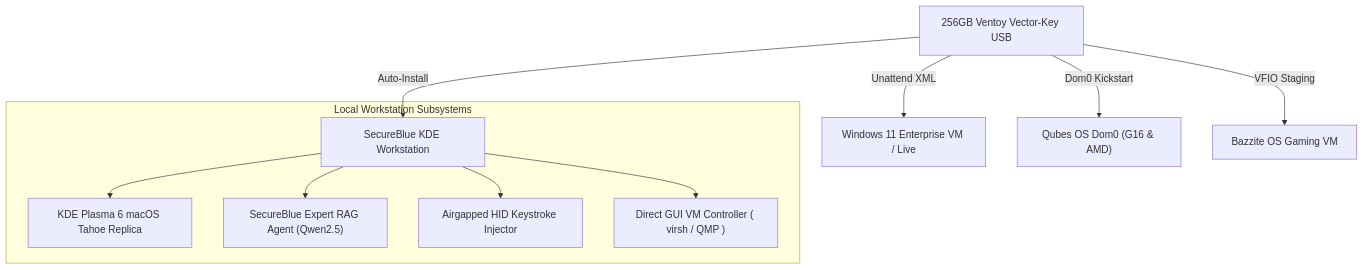
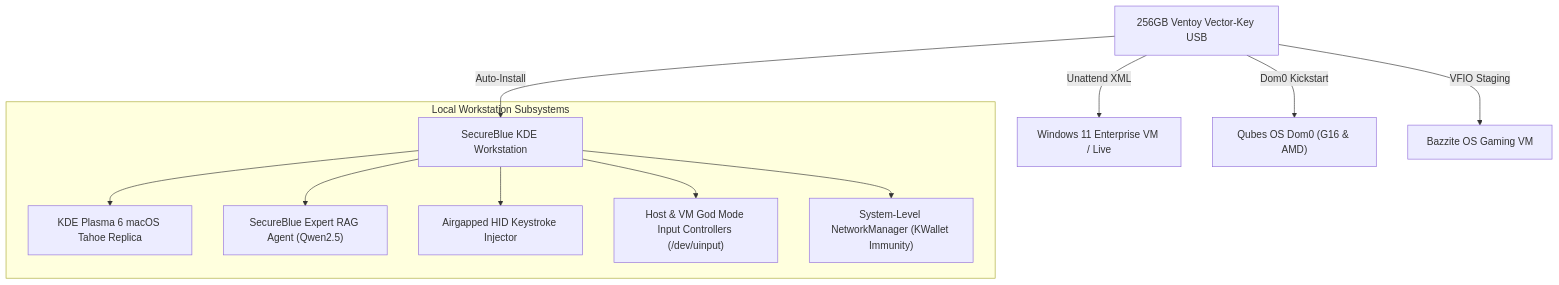
The diagram in README.md (Agent-042/SecureBlue-KDE-Agentic-Deploy), drawn with Mermaid before and after one commit. The commit also changed other lines of this file and 5 other files, not shown here.

Commit message:
feat(network-repair): add deep research runbook, KDE wallet obliteration script, Tailscale-Mullvad split tunnel override, and compiled C host god screen controller

````diff
--- a/README.md
+++ b/README.md
@@ -15,14 +15,15 @@
 ```mermaid
 graph TD
     A["256GB Ventoy Vector-Key USB"] -->|Auto-Install| B["SecureBlue KDE Workstation"]
     A -->|Unattend XML| C["Windows 11 Enterprise VM / Live"]
     A -->|Dom0 Kickstart| D["Qubes OS Dom0 (G16 & AMD)"]
     A -->|VFIO Staging| E["Bazzite OS Gaming VM"]
     
     subgraph "Local Workstation Subsystems"
         B --> F["KDE Plasma 6 macOS Tahoe Replica"]
         B --> G["SecureBlue Expert RAG Agent (Qwen2.5)"]
         B --> H["Airgapped HID Keystroke Injector"]
-        B --> I["Direct GUI VM Controller ( virsh / QMP )"]
+        B --> I["Host & VM God Mode Input Controllers (/dev/uinput)"]
+        B --> J["System-Level NetworkManager (KWallet Immunity)"]
     end
 ```
````
